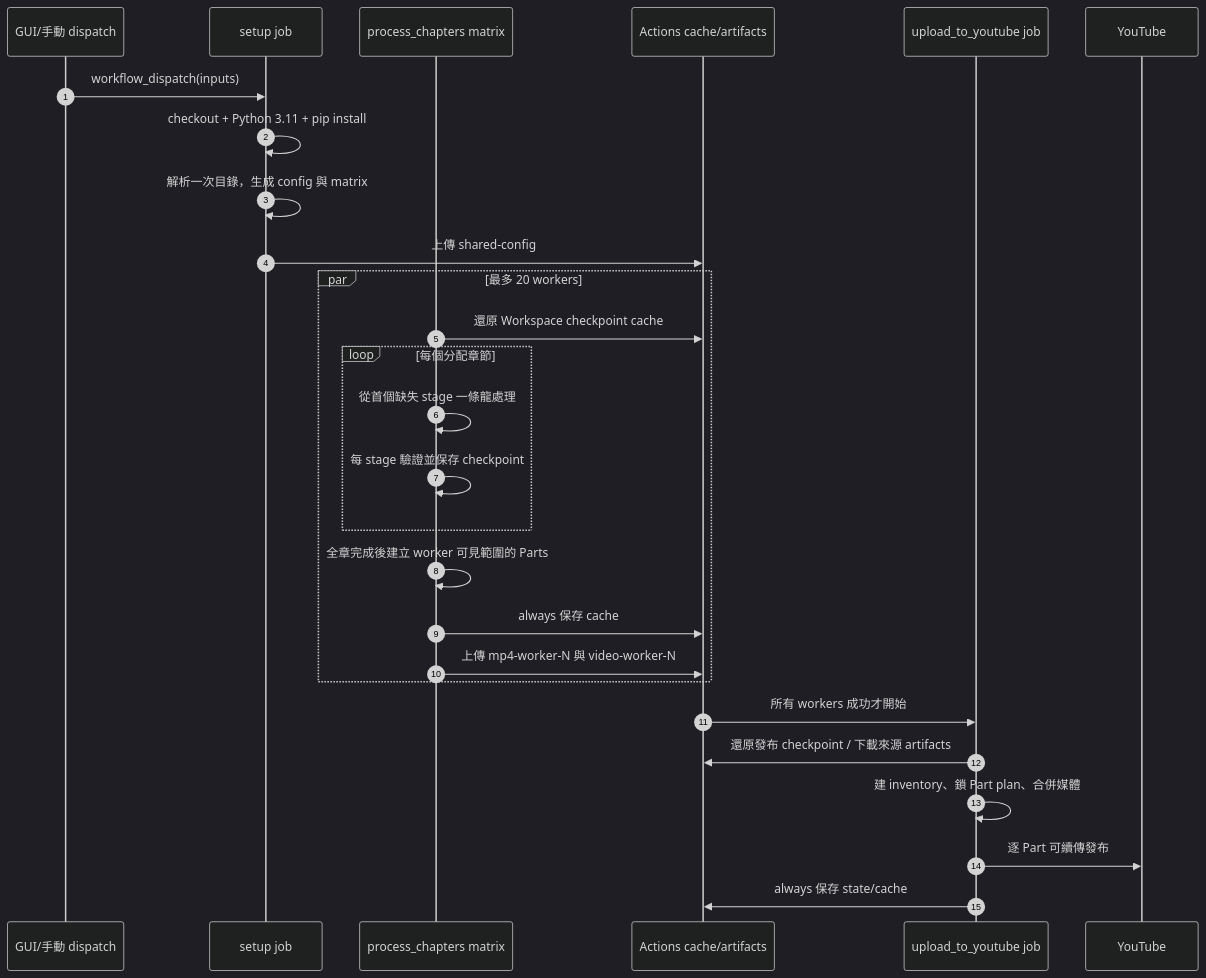
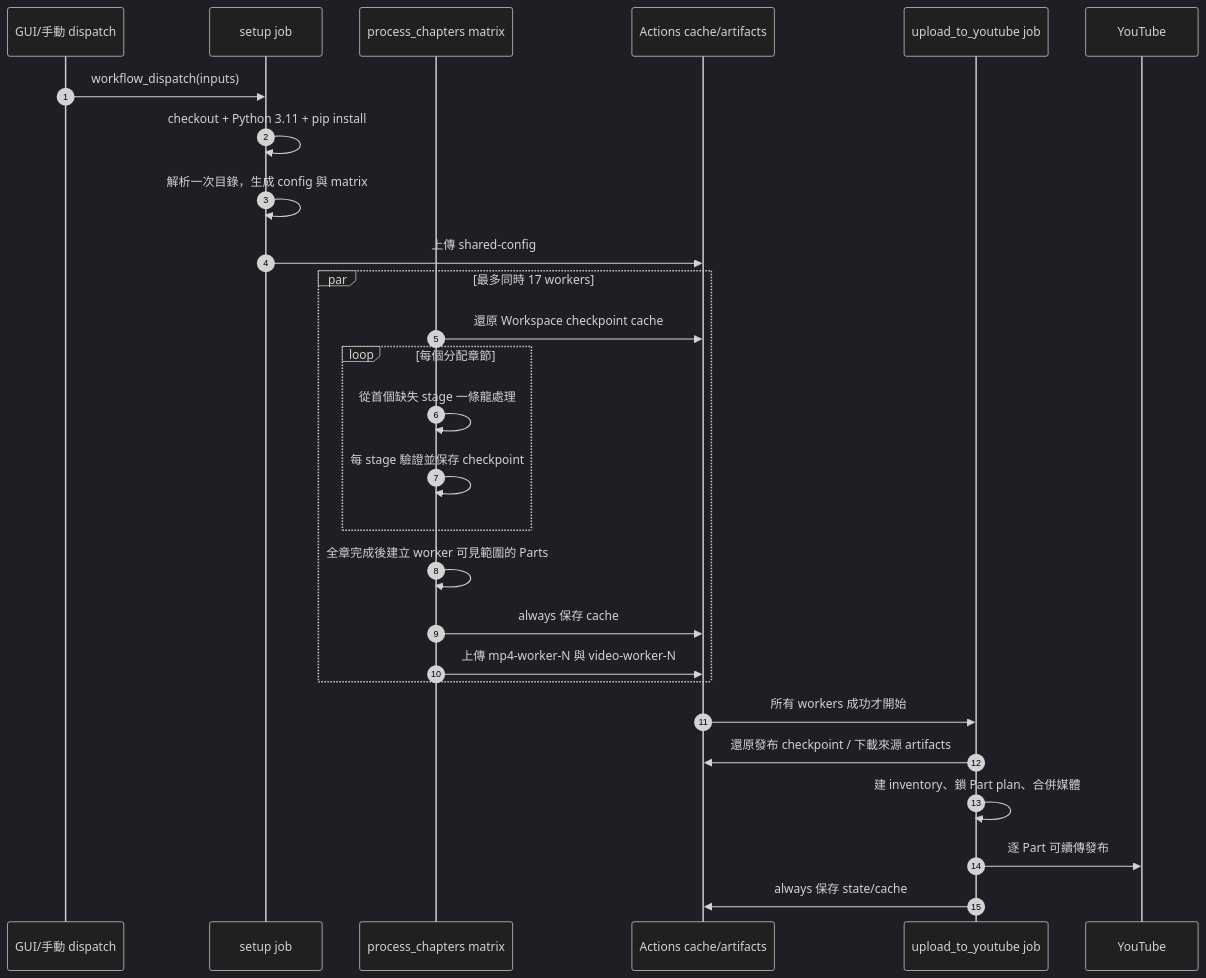
Before and after one commit to hub-google/audiobook-generator: the diagram in 系統需求書/03-執行流程.md, drawn with Mermaid (dark theme). The commit also changed other lines of this file and 9 other files, not shown here.

````diff
--- a/系統需求書/03-執行流程.md
+++ b/系統需求書/03-執行流程.md
@@ -19,29 +19,29 @@
 ```mermaid
 sequenceDiagram
     autonumber
     participant G as GUI/手動 dispatch
     participant S as setup job
     participant W as process_chapters matrix
     participant C as Actions cache/artifacts
     participant U as upload_to_youtube job
     participant Y as YouTube
     G->>S: workflow_dispatch(inputs)
     S->>S: checkout + Python 3.11 + pip install
     S->>S: 解析一次目錄，生成 config 與 matrix
     S->>C: 上傳 shared-config
-    par 最多 20 workers
+    par 最多同時 17 workers
         W->>C: 還原 Workspace checkpoint cache
         loop 每個分配章節
             W->>W: 從首個缺失 stage 一條龍處理
             W->>W: 每 stage 驗證並保存 checkpoint
         end
         W->>W: 全章完成後建立 worker 可見範圍的 Parts
         W->>C: always 保存 cache
         W->>C: 上傳 mp4-worker-N 與 video-worker-N
     end
     C->>U: 所有 workers 成功才開始
     U->>C: 還原發布 checkpoint / 下載來源 artifacts
     U->>U: 建 inventory、鎖 Part plan、合併媒體
     U->>Y: 逐 Part 可續傳發布
     U->>C: always 保存 state/cache
 ```
````
